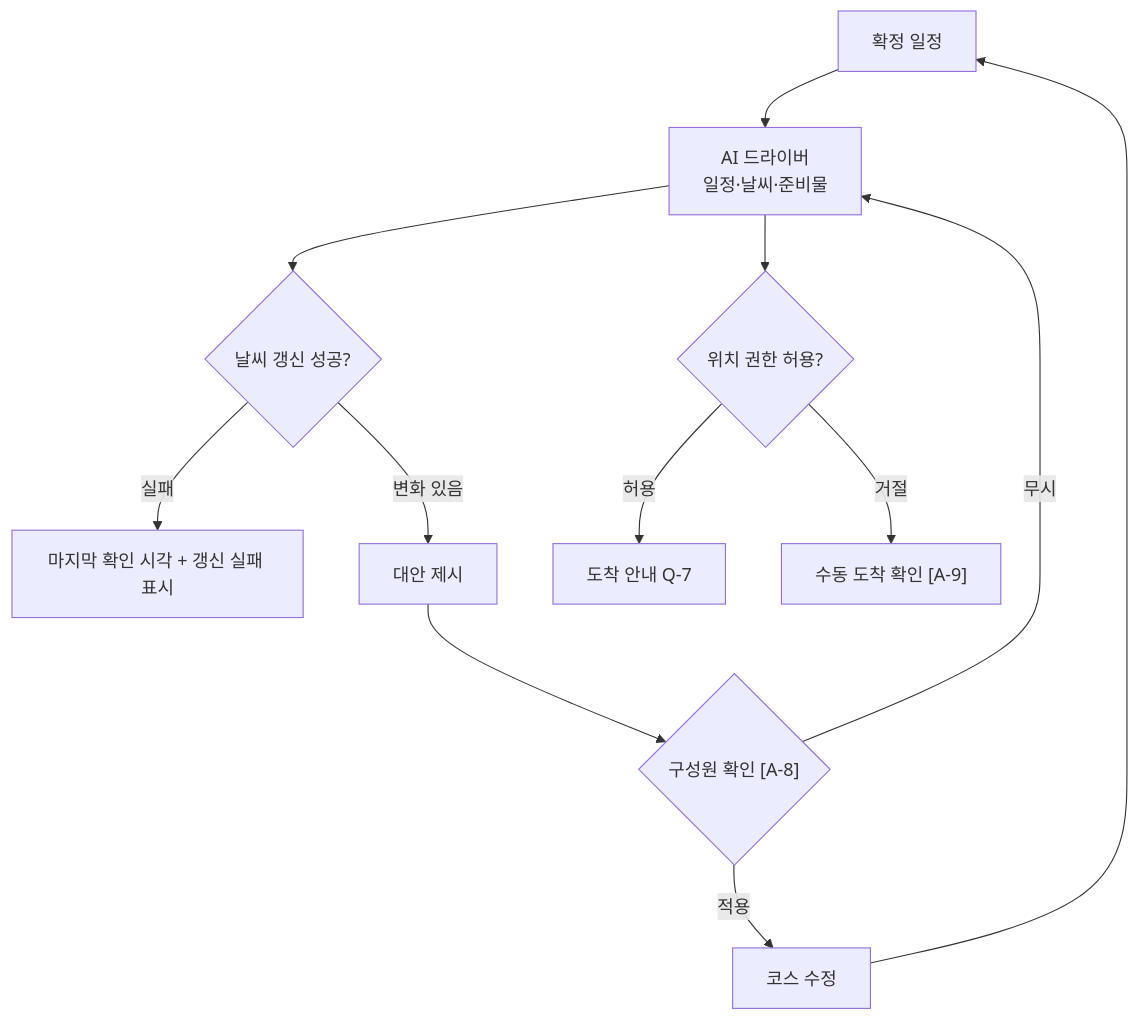
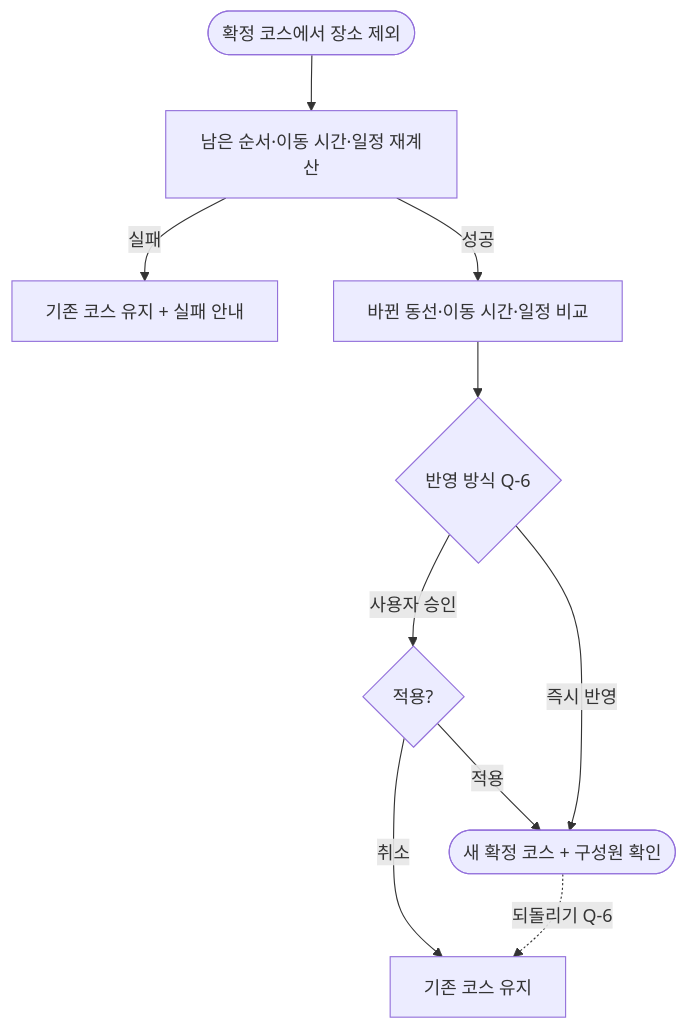
Before and after one commit to a204-eodilog/eodilog: diagram 16 of 24 in docs/flow/user-flow.md, drawn with Mermaid. The commit also changed other lines of this file, not shown here.

First line of the commit message:
Docs: 어디로그 PRD 기반 사용자 흐름 재작성

````diff
--- a/docs/flow/user-flow.md
+++ b/docs/flow/user-flow.md
@@ -162,13 +350,12 @@
 ```mermaid
 flowchart TD
-    CONF["확정 일정"] --> DRV["AI 드라이버<br/>일정·날씨·준비물"]
-    DRV --> W{"날씨 갱신 성공?"}
-    W -- "실패" --> STALE["마지막 확인 시각 + 갱신 실패 표시"]
-    W -- "변화 있음" --> ALT["대안 제시"]
-    ALT --> OK{"구성원 확인 [A-8]"}
-    OK -- "적용" --> EDIT["코스 수정"] --> CONF
-    OK -- "무시" --> DRV
-    DRV --> ARR{"위치 권한 허용?"}
-    ARR -- "허용" --> AUTO["도착 안내 Q-7"]
-    ARR -- "거절" --> MAN["수동 도착 확인 [A-9]"]
+    X(["확정 코스에서 장소 제외"]) --> RC["남은 순서·이동 시간·일정 재계산"]
+    RC -- "실패" --> KEEP["기존 코스 유지 + 실패 안내"]
+    RC -- "성공" --> DIFF["바뀐 동선·이동 시간·일정 비교"]
+    DIFF --> MODE{"반영 방식 Q-6"}
+    MODE -- "사용자 승인" --> OK{"적용?"}
+    OK -- "적용" --> NEWC(["새 확정 코스 + 구성원 확인"])
+    OK -- "취소" --> KEEP2["기존 코스 유지"]
+    MODE -- "즉시 반영" --> NEWC
+    NEWC -. "되돌리기 Q-6" .-> KEEP2
 ```
````
